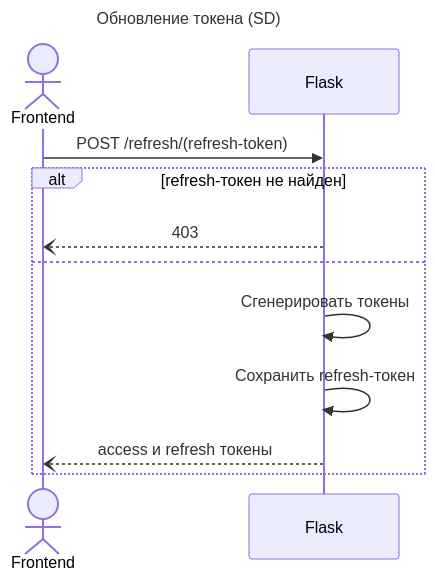
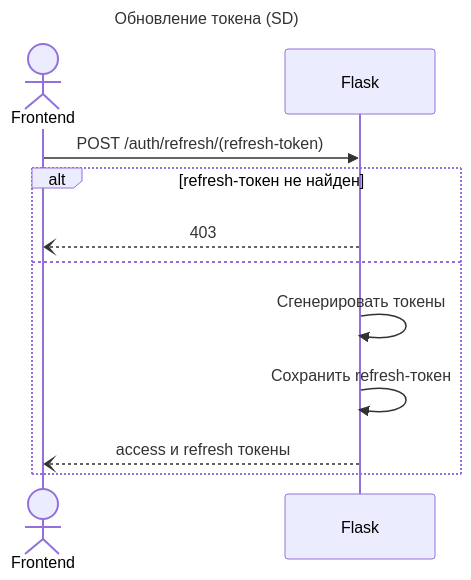
Before and after one commit to Dbl4/Auth_sprint_1: the diagram in documentation/auth-api/sd-refresh.md, drawn with Mermaid. The commit also changed 9 other files, not shown here.

Commit message:
Add sequence diagrams

````diff
--- a/documentation/auth-api/sd-refresh.md
+++ b/documentation/auth-api/sd-refresh.md
@@ -1,19 +1,19 @@
 ```mermaid
 ---
 title: Обновление токена (SD)
 ---
 
 sequenceDiagram
     actor Frontend
     participant Flask
 
-    Frontend ->> Flask: POST /refresh/(refresh-token)
+    Frontend ->> Flask: POST /auth/refresh/(refresh-token)
 
     alt refresh-токен не найден
         Flask --) Frontend: 403
     else
         Flask ->> Flask: Сгенерировать токены
         Flask ->> Flask: Сохранить refresh-токен
         Flask --) Frontend: access и refresh токены
     end
 ```
````
